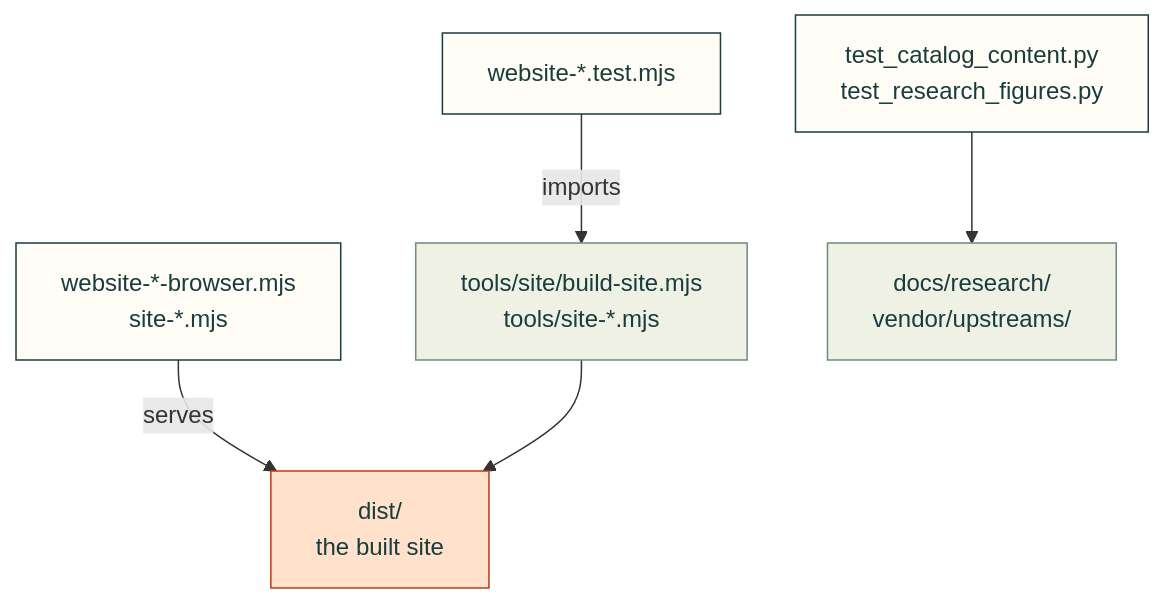
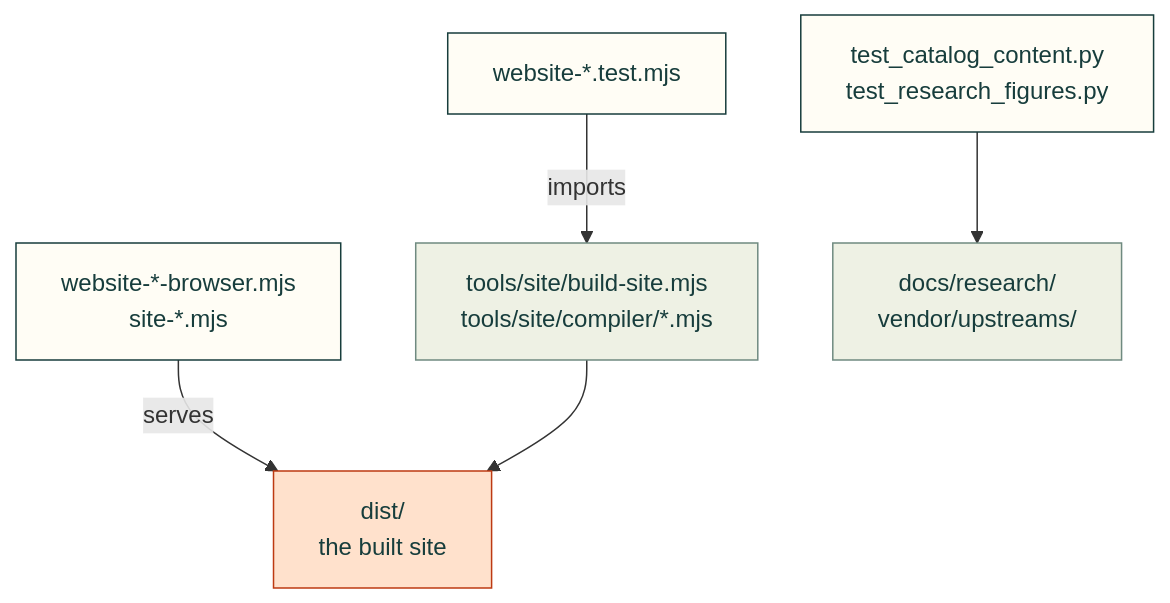
One commit to Valpatel/cad-agent changed the diagram in tests/site/README.md. Above: the diagram before and after it, drawn with Mermaid. The commit also changed other lines of this file and 15 other files, not shown here.

Commit message:
test(site): exercise moved audit and asset consumers and document runtime

````diff
--- a/tests/site/README.md
+++ b/tests/site/README.md
@@ -9,13 +9,13 @@
 ```mermaid
 flowchart TD
-    U["website-*.test.mjs"] -->|"imports"| T["tools/site/build-site.mjs<br/>tools/site-*.mjs"]
+    U["website-*.test.mjs"] -->|"imports"| T["tools/site/build-site.mjs<br/>tools/site/compiler/*.mjs"]
     B["website-*-browser.mjs<br/>site-*.mjs"] -->|"serves"| D["dist/<br/>the built site"]
     T --> D
     P["test_catalog_content.py<br/>test_research_figures.py"] --> R["docs/research/<br/>vendor/upstreams/"]
     classDef here fill:#fffdf5,stroke:#173d3c,color:#173d3c
     classDef near fill:#eef1e4,stroke:#6f8a80,color:#173d3c
     classDef out fill:#ffe1cc,stroke:#bd3a12,color:#173d3c
     class U,B,P here
     class T,R near
     class D out
 ```
````
